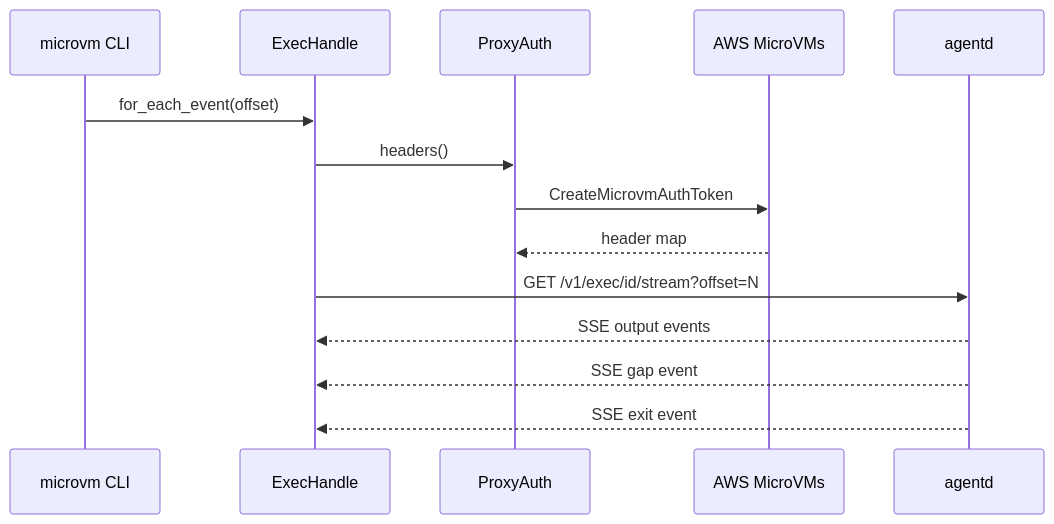
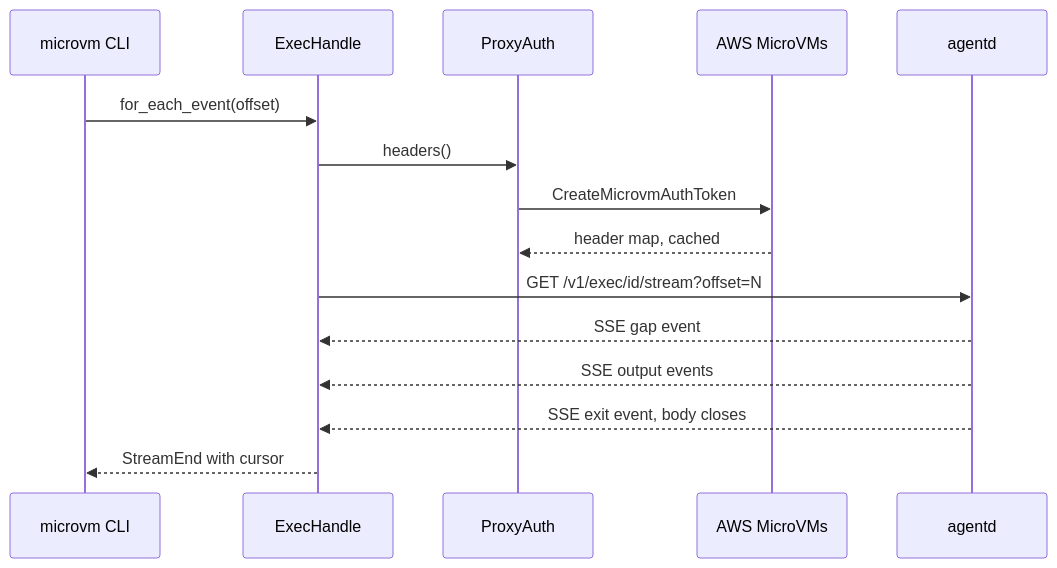
Before and after one commit to theagenticguy/microvms-agentd: the second of 3 diagrams in docs/architecture/data-flow.md, drawn with Mermaid. The commit also changed other lines of this file and 19 other files, not shown here.

````diff
--- a/docs/architecture/data-flow.md
+++ b/docs/architecture/data-flow.md
@@ -87,16 +110,17 @@
 ```mermaid
 sequenceDiagram
     participant CLI as microvm CLI
     participant Handle as ExecHandle
     participant Proxy as ProxyAuth
     participant AWS as AWS MicroVMs
     participant Daemon as agentd
     CLI->>Handle: for_each_event(offset)
     Handle->>Proxy: headers()
     Proxy->>AWS: CreateMicrovmAuthToken
-    AWS-->>Proxy: header map
+    AWS-->>Proxy: header map, cached
     Handle->>Daemon: GET /v1/exec/id/stream?offset=N
+    Daemon-->>Handle: SSE gap event
     Daemon-->>Handle: SSE output events
-    Daemon-->>Handle: SSE gap event
-    Daemon-->>Handle: SSE exit event
+    Daemon-->>Handle: SSE exit event, body closes
+    Handle-->>CLI: StreamEnd with cursor
 ```
````
